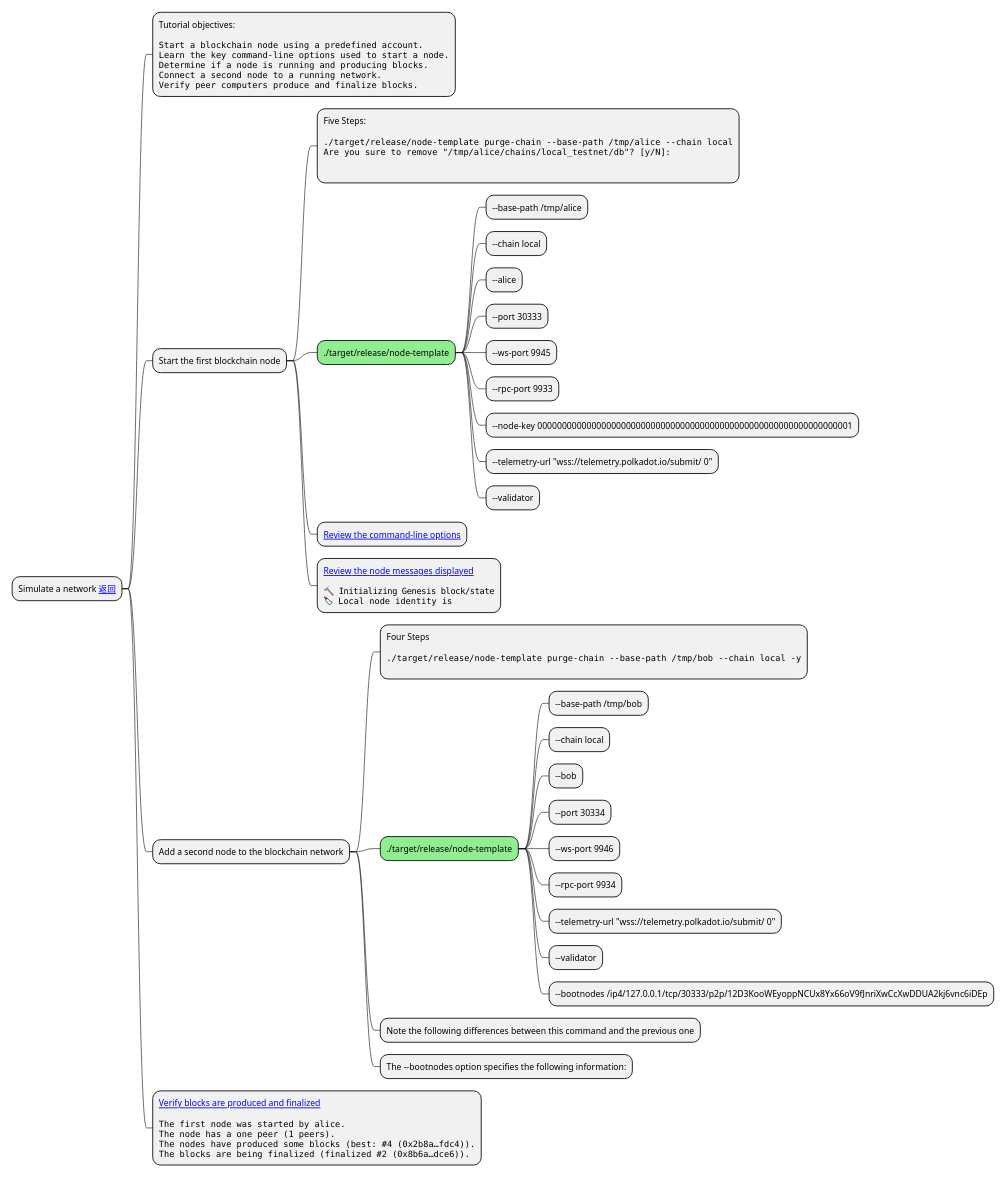
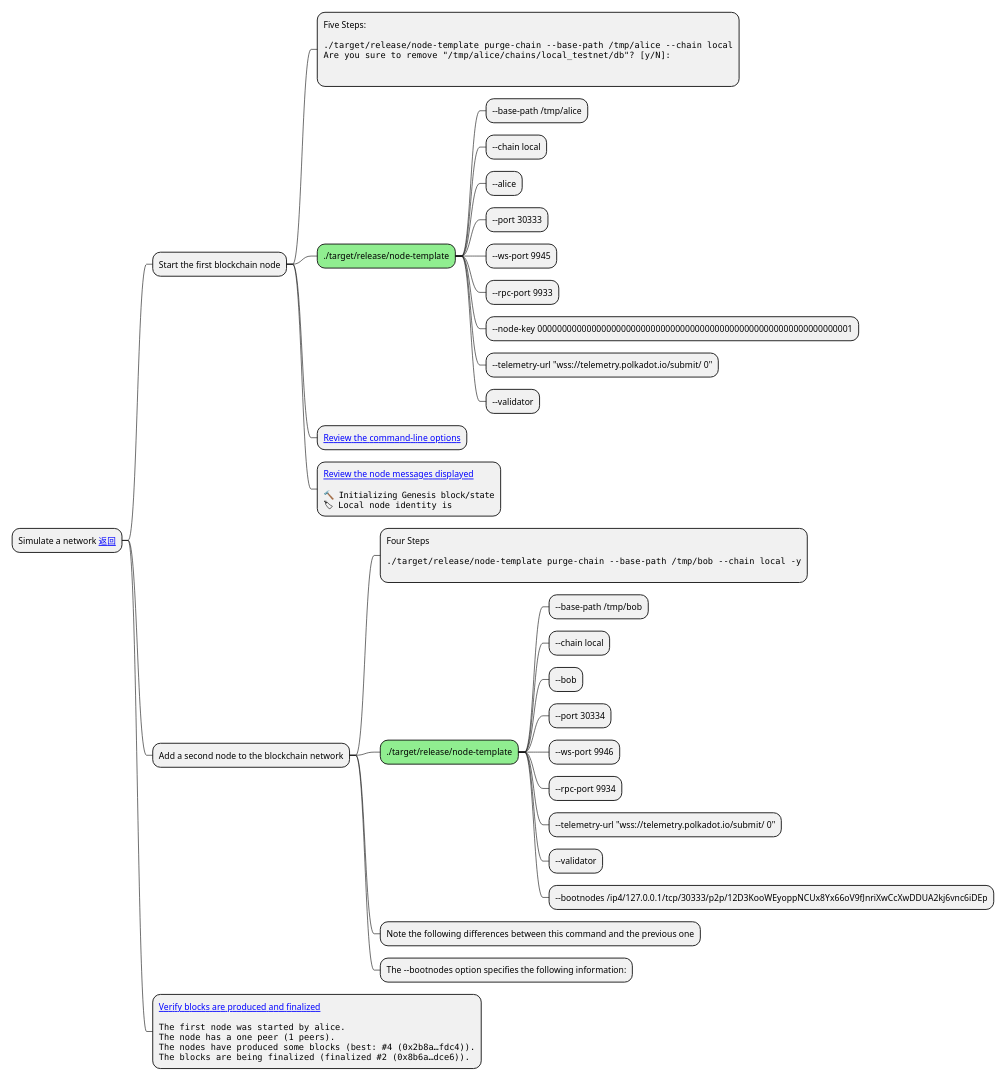
The diagram in materials/plantumls/substrate_tutorials/get-started/simulate-a-network.puml (KuanHsiaoKuo/programming_anatomy_in_rust), drawn with PlantUML before and after one commit. The commit also changed 12 other files, not shown here.

Commit message:
建立好substrate tutorials剩余mindmap文件

```diff
--- a/materials/plantumls/substrate_tutorials/get-started/simulate-a-network.puml
+++ b/materials/plantumls/substrate_tutorials/get-started/simulate-a-network.puml
@@ -1,66 +1,57 @@
 @startmindmap
 scale 850 width
 * Simulate a network [[#总览 返回]]
-**:Tutorial objectives:
-<code>
-
-Start a blockchain node using a predefined account.
-Learn the key command-line options used to start a node.
-Determine if a node is running and producing blocks.
-Connect a second node to a running network.
-Verify peer computers produce and finalize blocks.
-</code>;
 ** Start the first blockchain node
 ***:Five Steps:
 <code>
 
 ./target/release/node-template purge-chain --base-path /tmp/alice --chain local
 Are you sure to remove "/tmp/alice/chains/local_testnet/db"? [y/N]:
 
 
 </code>;
 ***[#lightgreen] ./target/release/node-template
 **** --base-path /tmp/alice
 **** --chain local
 **** --alice
 **** --port 30333
 **** --ws-port 9945
 **** --rpc-port 9933
 **** --node-key 0000000000000000000000000000000000000000000000000000000000000001
 **** --telemetry-url "wss://telemetry.polkadot.io/submit/ 0"
 **** --validator
 *** [[https://docs.substrate.io/tutorials/get-started/simulate-network/#review-the-command-line-options{点击查看} Review the command-line options]]
 ***:[[https://docs.substrate.io/tutorials/get-started/simulate-network/#review-the-node-messages-displayed{点击查看} Review the node messages displayed]]
 <code>
 
 🔨 Initializing Genesis block/state
 🏷 Local node identity is
 </code>;
 ** Add a second node to the blockchain network
 ***:Four Steps
 <code>
 
 ./target/release/node-template purge-chain --base-path /tmp/bob --chain local -y
 
 </code>;
 ***[#lightgreen] ./target/release/node-template
 **** --base-path /tmp/bob
 **** --chain local
 **** --bob
 **** --port 30334
 **** --ws-port 9946
 **** --rpc-port 9934
 **** --telemetry-url "wss://telemetry.polkadot.io/submit/ 0"
 **** --validator
 **** --bootnodes /ip4/127.0.0.1/tcp/30333/p2p/12D3KooWEyoppNCUx8Yx66oV9fJnriXwCcXwDDUA2kj6vnc6iDEp
 *** Note the following differences between this command and the previous one
 *** The --bootnodes option specifies the following information:
 **:[[https://docs.substrate.io/tutorials/get-started/simulate-network/#verify-blocks-are-produced-and-finalized Verify blocks are produced and finalized]]
 <code>
 
 The first node was started by alice.
 The node has a one peer (1 peers).
 The nodes have produced some blocks (best: #4 (0x2b8a…fdc4)).
 The blocks are being finalized (finalized #2 (0x8b6a…dce6)).
 </code>;
 @endmindmap
```
